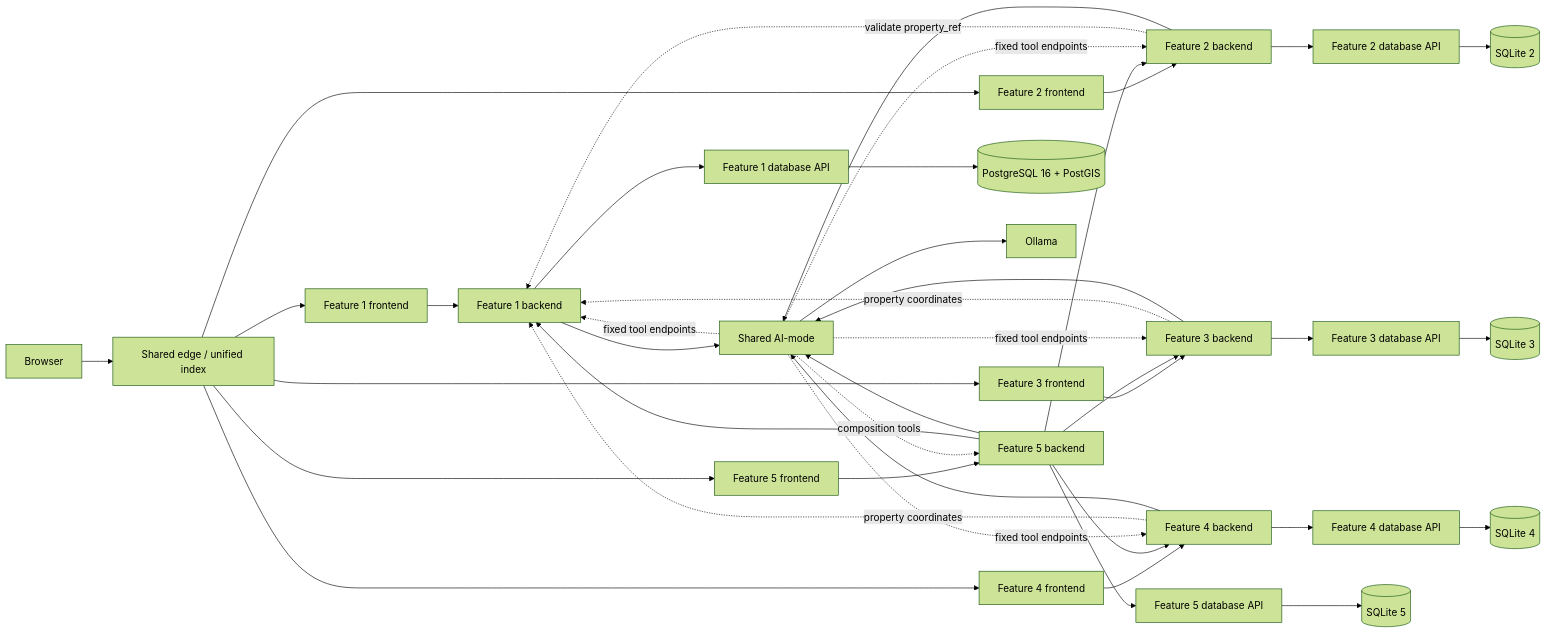
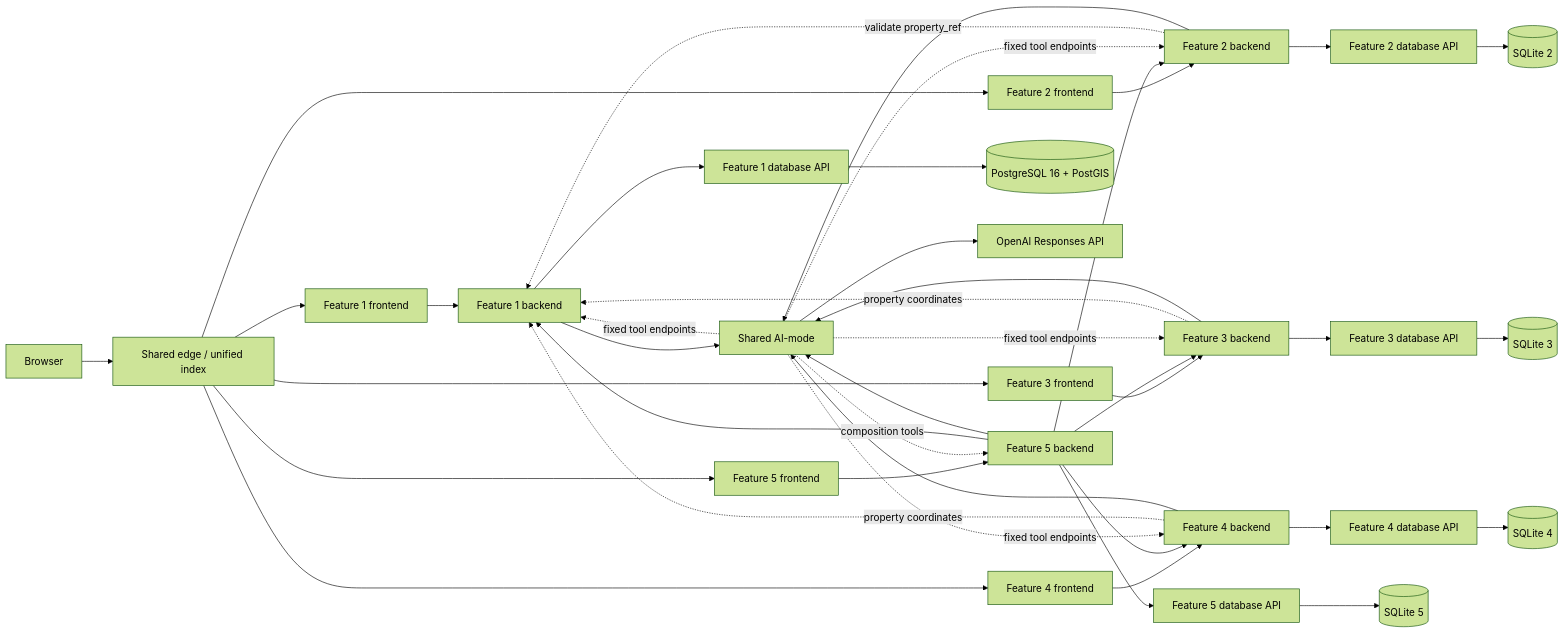
The first of 3 diagrams in docs/architecture/propertyscope-product-and-feature-plan.md (MattShelton04/41026ASDProject), drawn with Mermaid (forest theme) before and after one commit. The commit also changed other lines of this file and 44 other files, not shown here.

````diff
--- a/docs/architecture/propertyscope-product-and-feature-plan.md
+++ b/docs/architecture/propertyscope-product-and-feature-plan.md
@@ -1209,41 +1209,41 @@
 ```mermaid
 flowchart LR
     Browser --> Edge[Shared edge / unified index]
     Edge --> F1UI[Feature 1 frontend]
     Edge --> F2UI[Feature 2 frontend]
     Edge --> F3UI[Feature 3 frontend]
     Edge --> F4UI[Feature 4 frontend]
     Edge --> F5UI[Feature 5 frontend]
 
     F1UI --> F1API[Feature 1 backend]
     F2UI --> F2API[Feature 2 backend]
     F3UI --> F3API[Feature 3 backend]
     F4UI --> F4API[Feature 4 backend]
     F5UI --> F5API[Feature 5 backend]
 
     F1API --> F1DBAPI[Feature 1 database API] --> F1DB[(PostgreSQL 16 + PostGIS)]
     F2API --> F2DBAPI[Feature 2 database API] --> F2DB[(SQLite 2)]
     F3API --> F3DBAPI[Feature 3 database API] --> F3DB[(SQLite 3)]
     F4API --> F4DBAPI[Feature 4 database API] --> F4DB[(SQLite 4)]
     F5API --> F5DBAPI[Feature 5 database API] --> F5DB[(SQLite 5)]
 
     F2API -. validate property_ref .-> F1API
     F3API -. property coordinates .-> F1API
     F4API -. property coordinates .-> F1API
     F5API --> F1API
     F5API --> F2API
     F5API --> F3API
     F5API --> F4API
 
     F1API --> AIMode[Shared AI-mode]
     F2API --> AIMode
     F3API --> AIMode
     F4API --> AIMode
     F5API --> AIMode
-    AIMode --> Ollama
+    AIMode --> OpenAI[OpenAI Responses API]
     AIMode -. fixed tool endpoints .-> F1API
     AIMode -. fixed tool endpoints .-> F2API
     AIMode -. fixed tool endpoints .-> F3API
     AIMode -. fixed tool endpoints .-> F4API
     AIMode -. composition tools .-> F5API
 ```
````
